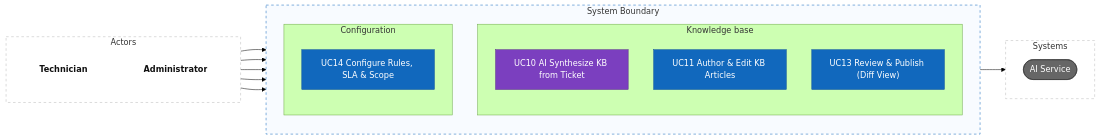
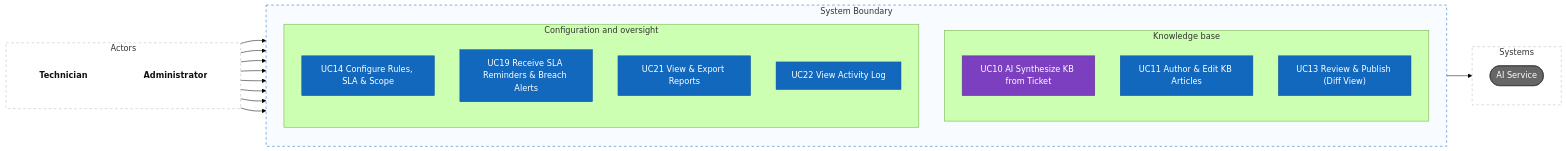
The fifth of 7 diagrams in README.md (Akaza-ban/Fable), drawn with Mermaid (forest theme) before and after one commit. The commit also changed other lines of this file, not shown here.

First line of the commit message:
docs(readme): add AI and oversight use cases and map the mind map to branches

````diff
--- a/README.md
+++ b/README.md
@@ -156,43 +214,46 @@
 ```mermaid
 flowchart LR
     subgraph left["Actors"]
         direction TB
         tech["<b>Technician</b>"]
         admin["<b>Administrator</b>"]
     end
 
     subgraph system["System Boundary"]
         direction TB
         subgraph kb["Knowledge base"]
             direction TB
             uc10["UC10 AI Synthesize KB from Ticket"]
             uc11["UC11 Author & Edit KB Articles"]
             uc13["UC13 Review & Publish (Diff View)"]
         end
-        subgraph config["Configuration"]
+        subgraph config["Configuration and oversight"]
             direction TB
             uc14["UC14 Configure Rules, SLA & Scope"]
+            uc19["UC19 Receive SLA Reminders & Breach Alerts"]
+            uc21["UC21 View & Export Reports"]
+            uc22["UC22 View Activity Log"]
         end
     end
 
     subgraph right["Systems"]
         direction TB
         aiSvc(["AI Service"])
     end
 
     tech --> uc10 & uc11
-    admin --> uc11 & uc13 & uc14
+    admin --> uc11 & uc13 & uc14 & uc19 & uc21 & uc22
     uc10 --> aiSvc
 
     classDef actor fill:none,stroke:none,color:#111
     classDef usecase fill:#1168bd,color:#fff,stroke:#0b4f9e
     classDef ai fill:#7b3fbf,color:#fff,stroke:#5a2d8c
     classDef external fill:#666,color:#fff,stroke:#333
     class tech,admin actor
-    class uc11,uc13,uc14 usecase
+    class uc11,uc13,uc14,uc19,uc21,uc22 usecase
     class uc10 ai
     class aiSvc external
     style left fill:#fff,stroke:#bbb,stroke-dasharray:5 5
     style right fill:#fff,stroke:#bbb,stroke-dasharray:5 5
     style system fill:#f8fbff,stroke:#1168bd,stroke-dasharray:5 5
 ```
````
